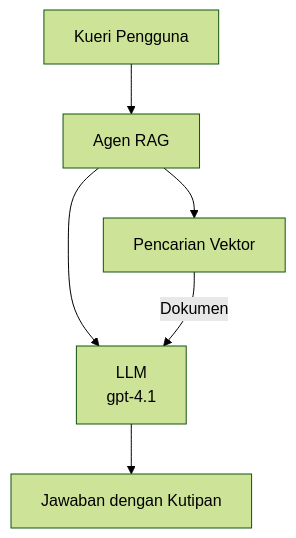
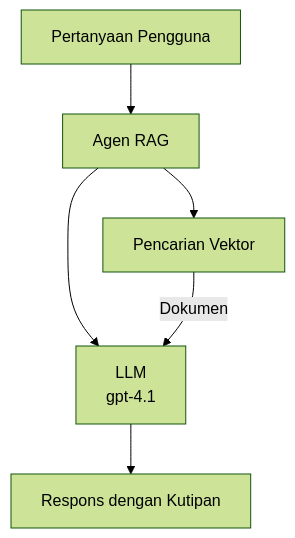
One commit to microsoft/AZD-for-beginners changed the second of 3 diagrams in translations/id/docs/chapter-02-ai-development/agents.md. Above: the diagram before and after it, drawn with Mermaid (forest theme). The commit also changed other lines of this file and 104 other files, not shown here.

````diff
--- a/translations/id/docs/chapter-02-ai-development/agents.md
+++ b/translations/id/docs/chapter-02-ai-development/agents.md
@@ -175,8 +181,8 @@
 ```mermaid
 graph TD
-    Query[Kueri Pengguna] --> RAG[Agen RAG]
+    Query[Pertanyaan Pengguna] --> RAG[Agen RAG]
     RAG --> Vector[Pencarian Vektor]
     RAG --> LLM[LLM<br/>gpt-4.1]
     Vector -- Dokumen --> LLM
-    LLM --> Response[Jawaban dengan Kutipan]
+    LLM --> Response[Respons dengan Kutipan]
 ```
````
